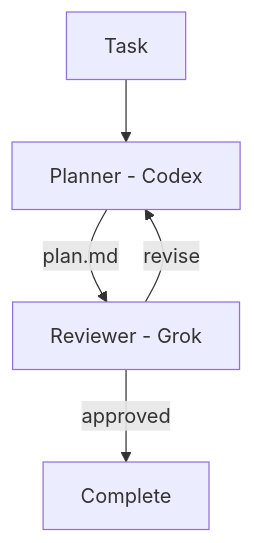
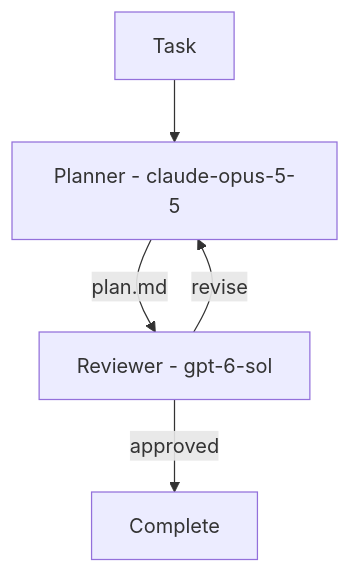
The diagram in README.md (nodeint/migent), drawn with Mermaid before and after one commit. The commit also changed other lines of this file, not shown here.

````diff
--- a/README.md
+++ b/README.md
@@ -65,7 +64,7 @@
 ```mermaid
 flowchart TD
-    A[Task] --> B[Planner - Codex]
-    B -->|plan.md| C[Reviewer - Grok]
+    A[Task] --> B[Planner - claude-opus-5-5]
+    B -->|plan.md| C[Reviewer - gpt-6-sol]
     C -->|revise| B
     C -->|approved| D[Complete]
 ```
````
